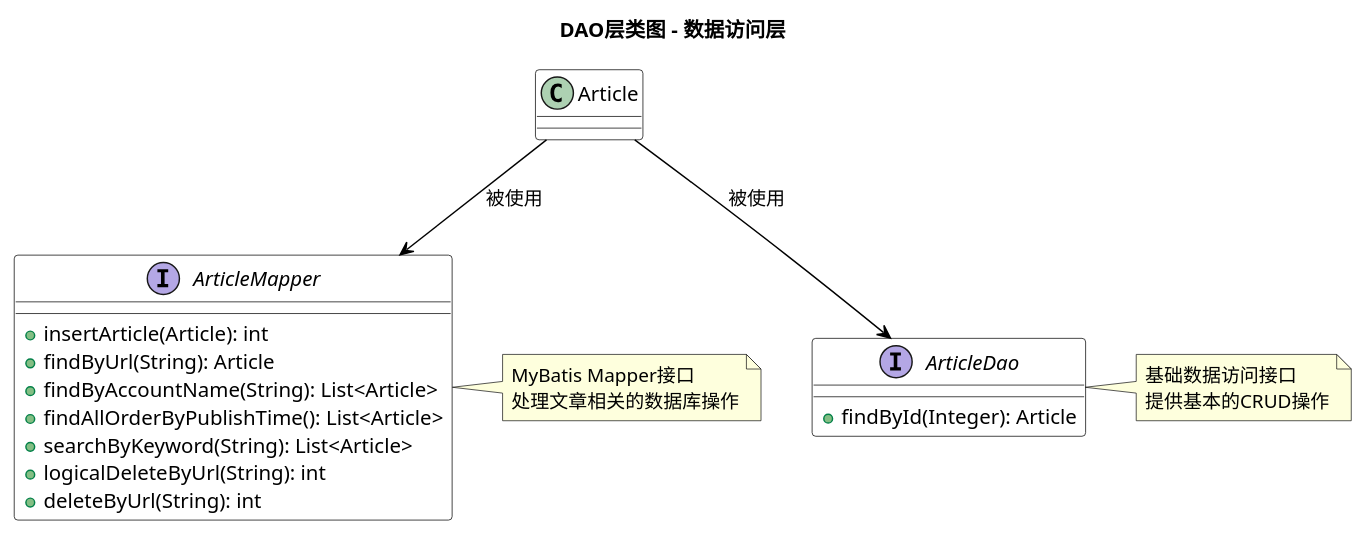
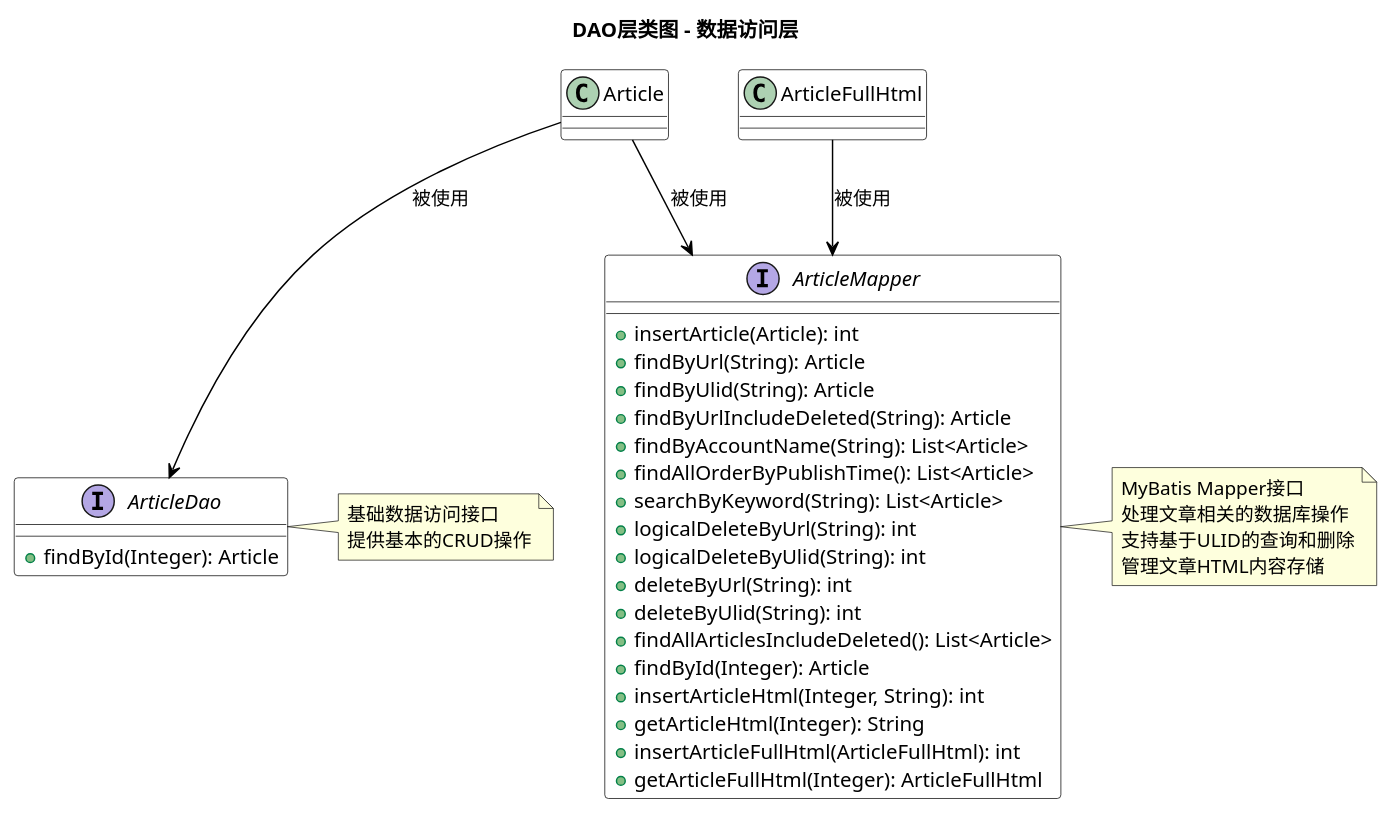
Before and after one commit to Changhuaishui/web2_7: the diagram in UML/Dao.puml, drawn with PlantUML. The commit also changed 5 other files, not shown here.

```diff
--- a/UML/Dao.puml
+++ b/UML/Dao.puml
@@ -1,38 +1,51 @@
 @startuml
 
 skinparam class {
     BackgroundColor White
     ArrowColor Black
     BorderColor Black
 }
 
 title DAO层类图 - 数据访问层
 
 interface ArticleMapper {
     +insertArticle(Article): int
     +findByUrl(String): Article
+    +findByUlid(String): Article
+    +findByUrlIncludeDeleted(String): Article
     +findByAccountName(String): List<Article>
     +findAllOrderByPublishTime(): List<Article>
     +searchByKeyword(String): List<Article>
     +logicalDeleteByUrl(String): int
+    +logicalDeleteByUlid(String): int
     +deleteByUrl(String): int
+    +deleteByUlid(String): int
+    +findAllArticlesIncludeDeleted(): List<Article>
+    +findById(Integer): Article
+    +insertArticleHtml(Integer, String): int
+    +getArticleHtml(Integer): String
+    +insertArticleFullHtml(ArticleFullHtml): int
+    +getArticleFullHtml(Integer): ArticleFullHtml
 }
 
 interface ArticleDao {
     +findById(Integer): Article
 }
 
 Article --> ArticleMapper: 被使用
 Article --> ArticleDao: 被使用
+ArticleFullHtml --> ArticleMapper: 被使用
 
 note right of ArticleMapper
   MyBatis Mapper接口
   处理文章相关的数据库操作
+  支持基于ULID的查询和删除
+  管理文章HTML内容存储
 end note
 
 note right of ArticleDao
   基础数据访问接口
   提供基本的CRUD操作
 end note
 
 @enduml
```
